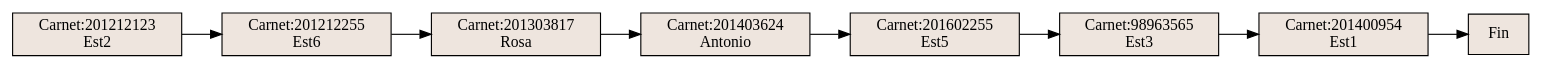
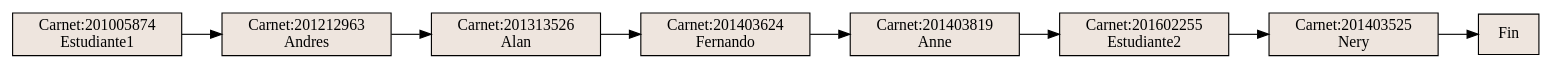
Before and after one commit to Eduardo01004/EDD_2S2019_P2_201612124: the diagram in Practica2/venv/Include/POSTORDEN.dot, drawn with Graphviz. The commit also changed 8 other files, not shown here.

```diff
--- a/Practica2/venv/Include/POSTORDEN.dot
+++ b/Practica2/venv/Include/POSTORDEN.dot
@@ -1,18 +1,18 @@
 digraph inorden {
 rankdir = LR;
-0[shape=record, style=filled, fillcolor=seashell2,label="Carnet:201212123\nEst2"];
+0[shape=record, style=filled, fillcolor=seashell2,label="Carnet:201005874\nEstudiante1"];
 0->1
-1[shape=record, style=filled, fillcolor=seashell2,label="Carnet:201212255\nEst6"];
+1[shape=record, style=filled, fillcolor=seashell2,label="Carnet:201212963\nAndres"];
 1->2
-2[shape=record, style=filled, fillcolor=seashell2,label="Carnet:201303817\nRosa"];
+2[shape=record, style=filled, fillcolor=seashell2,label="Carnet:201313526\nAlan"];
 2->3
-3[shape=record, style=filled, fillcolor=seashell2,label="Carnet:201403624\nAntonio"];
+3[shape=record, style=filled, fillcolor=seashell2,label="Carnet:201403624\nFernando"];
 3->4
-4[shape=record, style=filled, fillcolor=seashell2,label="Carnet:201602255\nEst5"];
+4[shape=record, style=filled, fillcolor=seashell2,label="Carnet:201403819\nAnne"];
 4->5
-5[shape=record, style=filled, fillcolor=seashell2,label="Carnet:98963565\nEst3"];
+5[shape=record, style=filled, fillcolor=seashell2,label="Carnet:201602255\nEstudiante2"];
 5->6
-6[shape=record, style=filled, fillcolor=seashell2,label="Carnet:201400954\nEst1"];
+6[shape=record, style=filled, fillcolor=seashell2,label="Carnet:201403525\nNery"];
 6->7
 7[shape=record, style=filled, fillcolor=seashell2,label="Fin"];
 }
```
